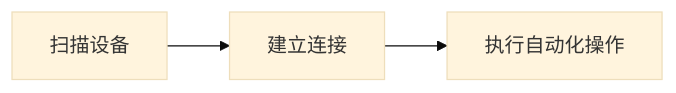
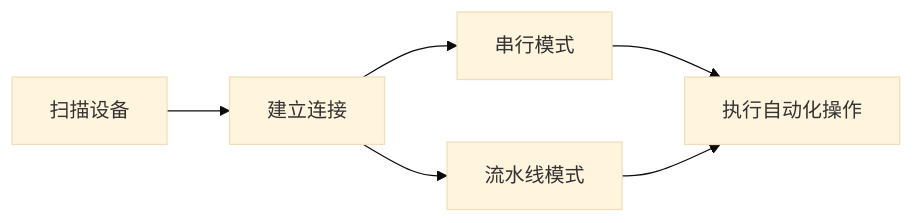
One commit to KhazixW2/MaaMCP changed the first of 3 diagrams in README.md. Above: the diagram before and after it, drawn with Mermaid (base theme). The commit also changed other lines of this file and 1 other file, not shown here.

````diff
--- a/README.md
+++ b/README.md
@@ -156,5 +164,8 @@
 ```mermaid
 graph LR
     A[扫描设备] --> B[建立连接]
-    B --> C[执行自动化操作]
+    B --> C1[串行模式]
+    B --> C2[流水线模式]
+    C1 --> D[执行自动化操作]
+    C2 --> D
 ```
````
